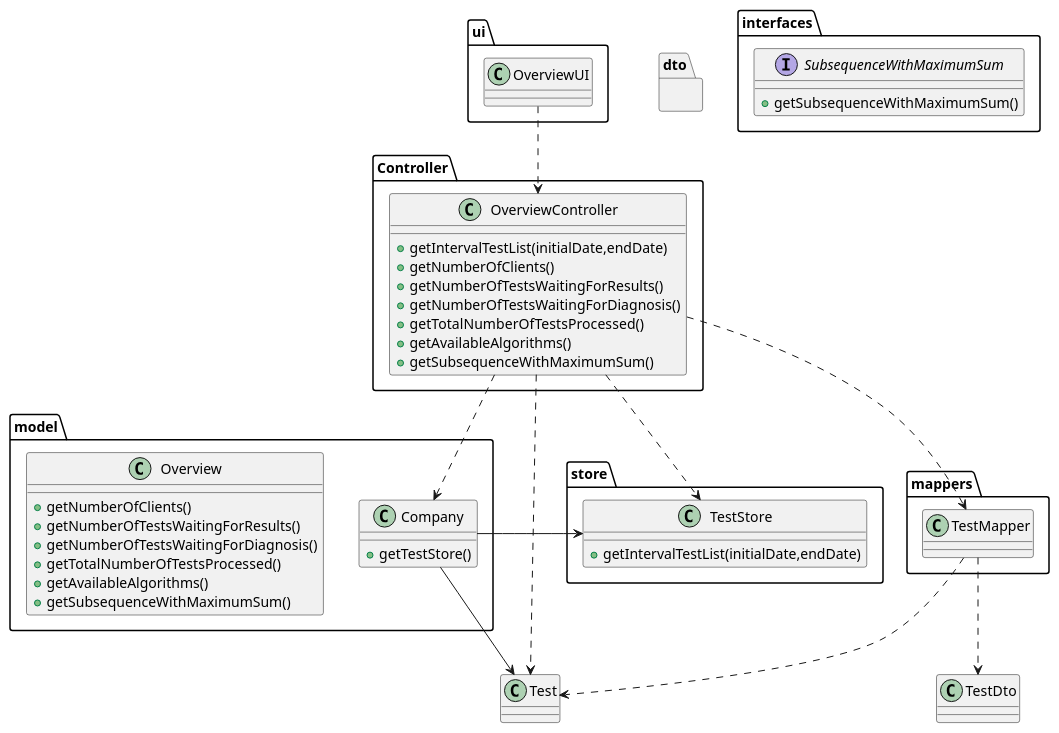
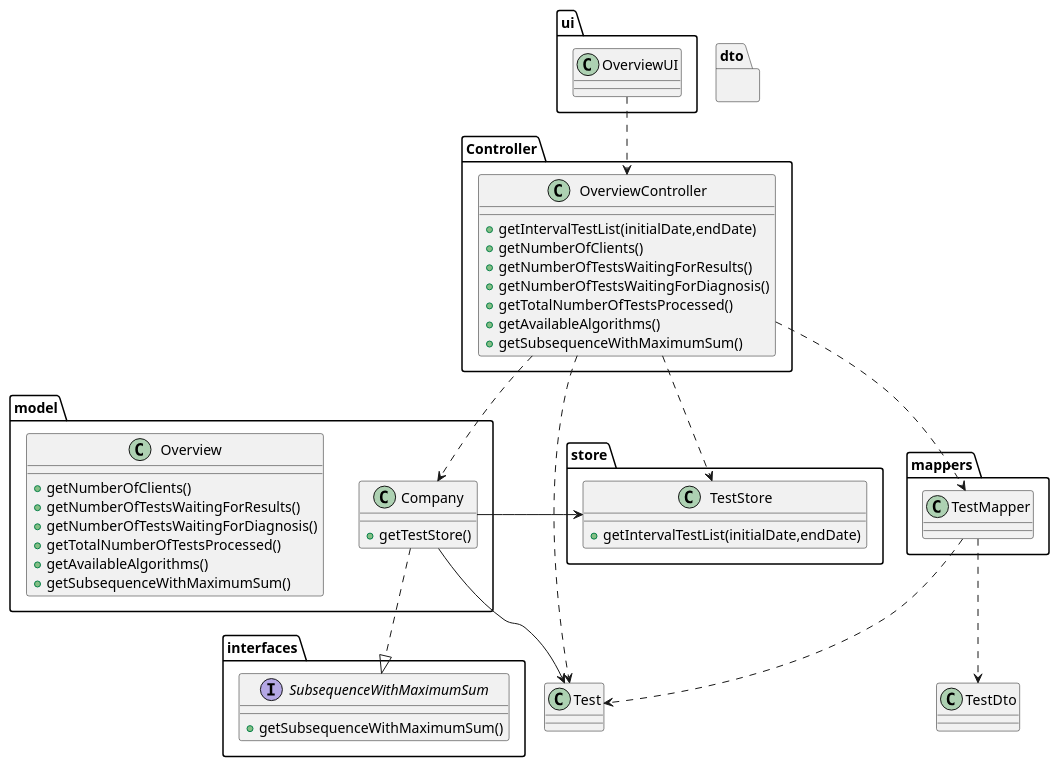
One commit to manu-07-ela/LAPR2_ISEP changed the diagram in docs/SprintD/US16/US16_CD.puml. Above: the diagram before and after it, drawn with PlantUML. The commit also changed 5990 other files, not shown here.

```diff
--- a/docs/SprintD/US16/US16_CD.puml
+++ b/docs/SprintD/US16/US16_CD.puml
@@ -1,74 +1,75 @@
 @startuml
 
 
 package ui {
 class OverviewUI{}
 }
 
 package Controller{
 class OverviewController{
 +getIntervalTestList(initialDate,endDate)
 +getNumberOfClients()
 +getNumberOfTestsWaitingForResults()
 +getNumberOfTestsWaitingForDiagnosis()
 +getTotalNumberOfTestsProcessed()
 +getAvailableAlgorithms()
 +getSubsequenceWithMaximumSum()
 }
 }
 
 package model{
 class Company{
 +getTestStore()
 }
 class Overview{
 +getNumberOfClients()
 +getNumberOfTestsWaitingForResults()
 +getNumberOfTestsWaitingForDiagnosis()
 +getTotalNumberOfTestsProcessed()
 +getAvailableAlgorithms()
 +getSubsequenceWithMaximumSum()
 }
 }
 
 
 
 package store{
 class TestStore{
 +getIntervalTestList(initialDate,endDate)
 }
 }
 
 package mappers{
 class TestMapper{
 }
 }
 
 
 package dto{
 }
 
 package interfaces{
 interface SubsequenceWithMaximumSum{
 +getSubsequenceWithMaximumSum()
 }
 }
 
 
 OverviewUI ..> OverviewController
 
 OverviewController ..> TestMapper
 OverviewController ..> TestStore
 OverviewController ..> Company
 OverviewController ..> Test
 
 Company -> Test
 Company -> TestStore
+Company..|>SubsequenceWithMaximumSum
 
 TestMapper ..> TestDto
 TestMapper ..> Test
 
 
 
 
 @enduml
```
